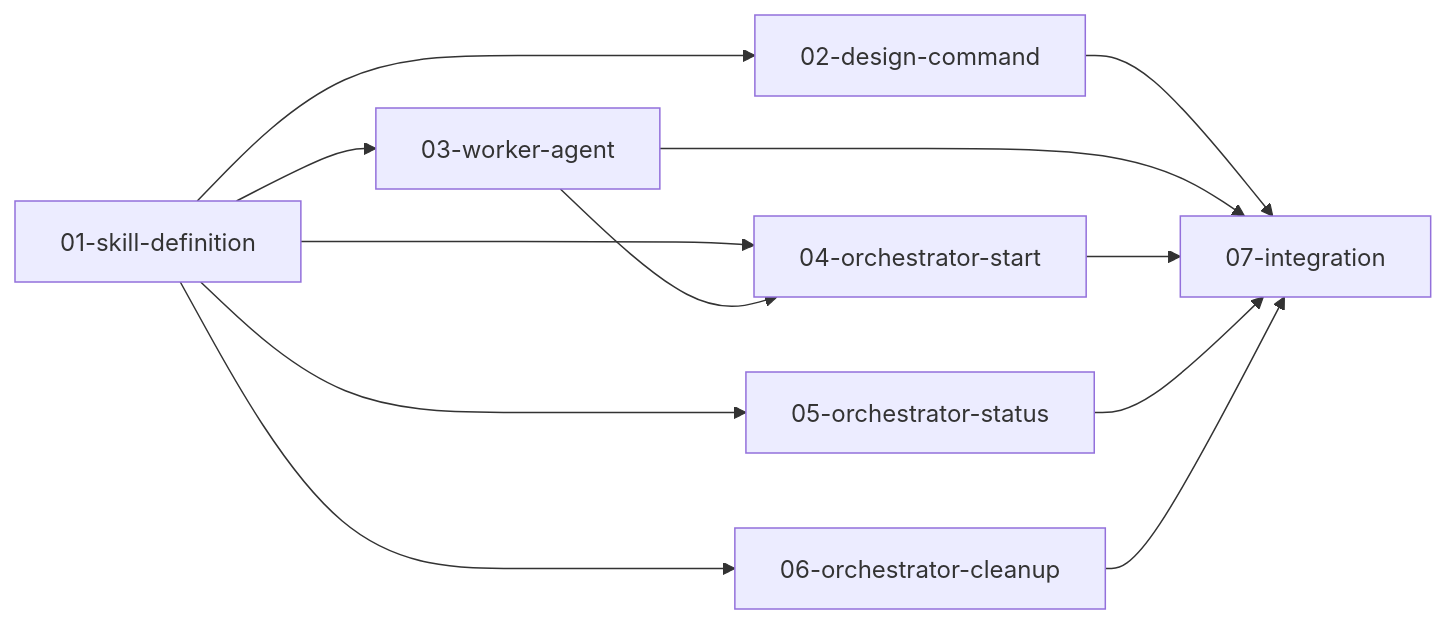
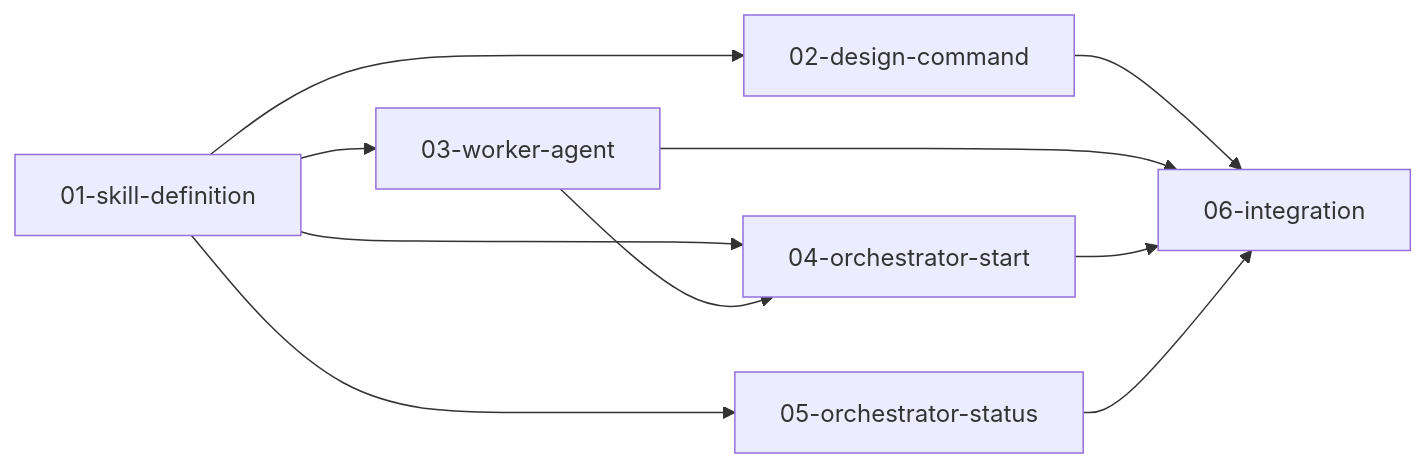
One commit to fucso/bake-loose changed the second of 2 diagrams in .agents/features/20260209-parallel_orchestration/spec.md. Above: the diagram before and after it, drawn with Mermaid. The commit also changed other lines of this file and 16 other files, not shown here.

````diff
--- a/.agents/features/20260209-parallel_orchestration/spec.md
+++ b/.agents/features/20260209-parallel_orchestration/spec.md
@@ -150,14 +148,12 @@
 ```mermaid
 flowchart LR
     01[01-skill-definition] --> 02[02-design-command]
     01 --> 03[03-worker-agent]
     01 --> 05[05-orchestrator-status]
-    01 --> 06[06-orchestrator-cleanup]
     01 --> 04[04-orchestrator-start]
     03 --> 04
-    02 --> 07[07-integration]
-    03 --> 07
-    04 --> 07
-    05 --> 07
-    06 --> 07
+    02 --> 06[06-integration]
+    03 --> 06
+    04 --> 06
+    05 --> 06
 ```
````
